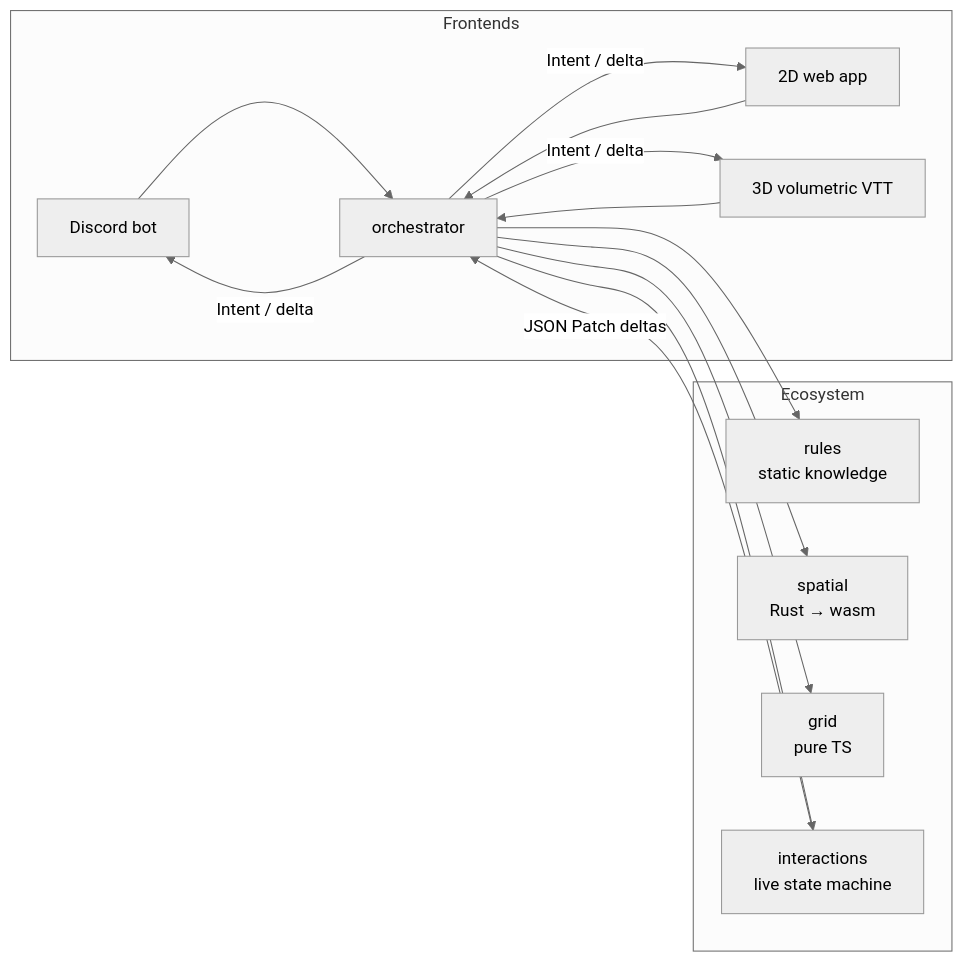
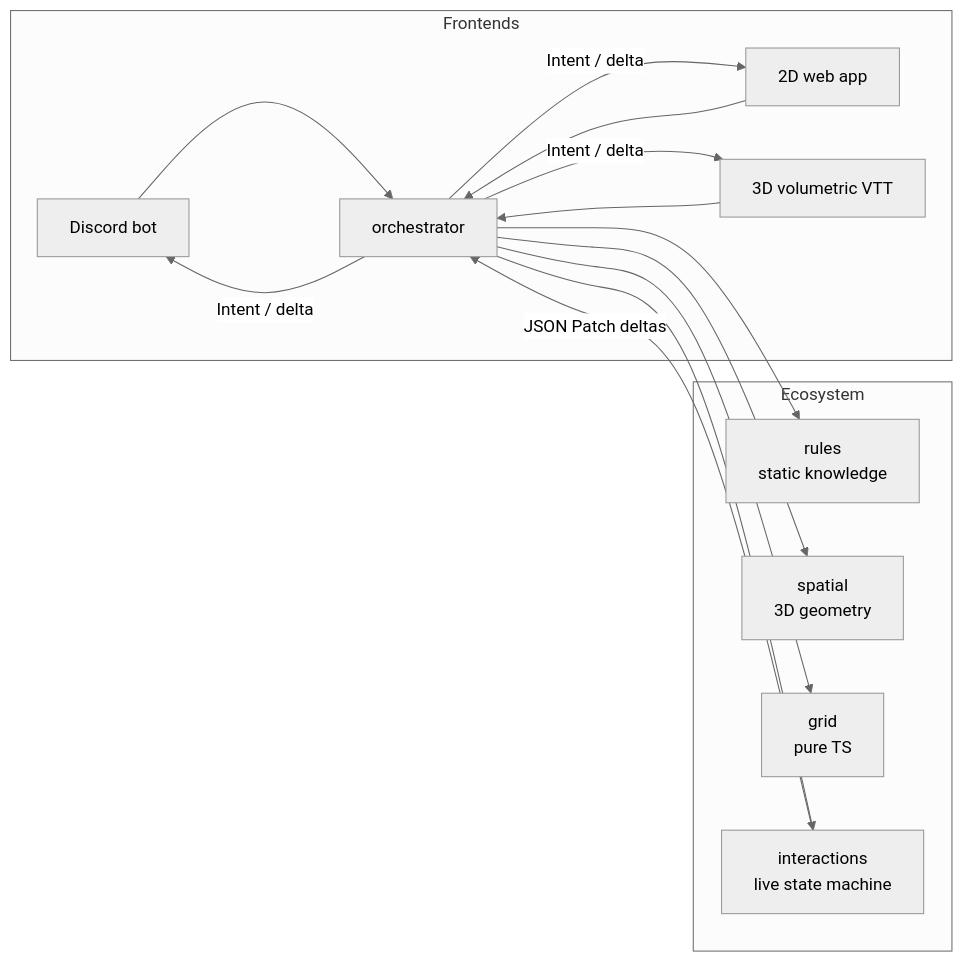
Before and after one commit to prophecievtt/ttrpg-engine: the diagram in README.md, drawn with Mermaid (neutral theme). The commit also changed other lines of this file and 28 other files, not shown here.

````diff
--- a/README.md
+++ b/README.md
@@ -8,16 +8,16 @@
 ```mermaid
 graph LR
   subgraph Frontends
     BOT[Discord bot] --> ORCH
     WEB[2D web app] --> ORCH
     VTT[3D volumetric VTT] --> ORCH
   end
   subgraph Ecosystem
     ORCH[orchestrator] --> RULES[rules<br/>static knowledge]
-    ORCH --> SPAT[spatial<br/>Rust → wasm]
+    ORCH --> SPAT[spatial<br/>3D geometry]
     ORCH --> GRID[grid<br/>pure TS]
     ORCH --> INTR[interactions<br/>live state machine]
     INTR -- "JSON Patch deltas" --> ORCH
   end
   ORCH -- "Intent / delta" --> BOT & WEB & VTT
 ```
````
